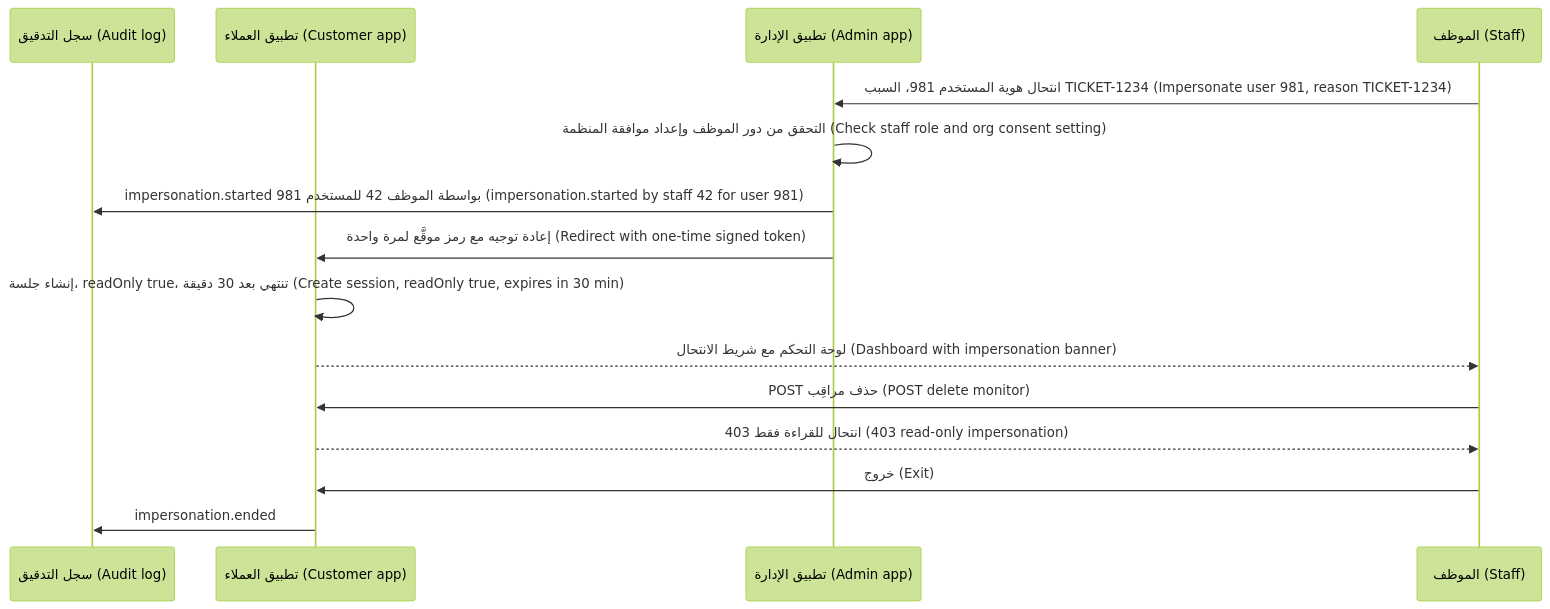
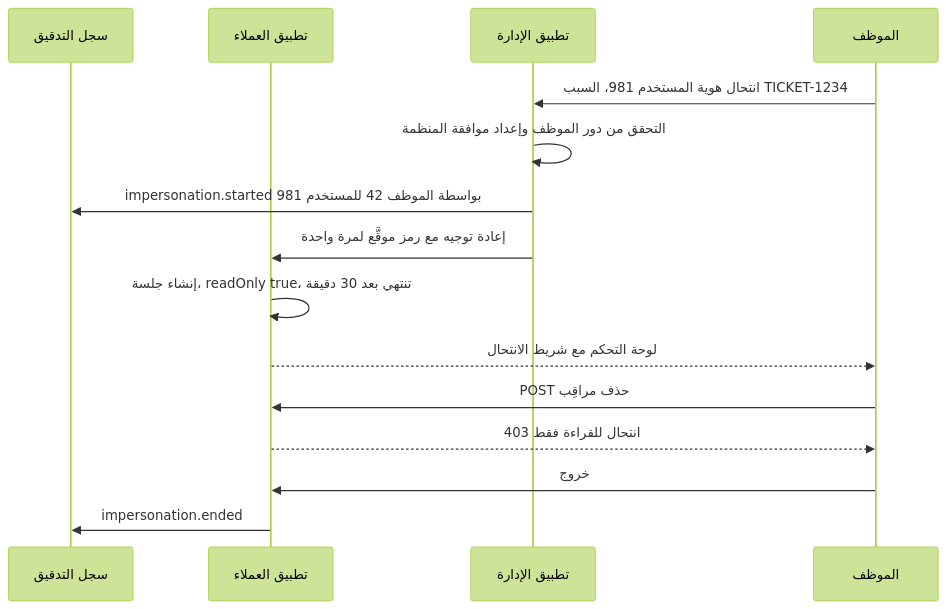
The second of 7 diagrams in saas/modules/07-operations.ar.md (Tamoura/system-design-for-vibe-coders), drawn with Mermaid (forest theme) before and after one commit. The commit also changed other lines of this file and 551 other files, not shown here.

````diff
--- a/saas/modules/07-operations.ar.md
+++ b/saas/modules/07-operations.ar.md
@@ -94,17 +94,17 @@
 ```mermaid
 sequenceDiagram
-    participant L as سجل التدقيق (Audit log)
-    participant C as تطبيق العملاء (Customer app)
-    participant A as تطبيق الإدارة (Admin app)
-    participant S as الموظف (Staff)
-  S->>A: انتحال هوية المستخدم 981، السبب TICKET-1234 (Impersonate user 981, reason TICKET-1234)
-  A->>A: التحقق من دور الموظف وإعداد موافقة المنظمة (Check staff role and org consent setting)
-  A->>L: impersonation.started بواسطة الموظف 42 للمستخدم 981 (impersonation.started by staff 42 for user 981)
-  A->>C: إعادة توجيه مع رمز موقَّع لمرة واحدة (Redirect with one-time signed token)
-  C->>C: إنشاء جلسة، readOnly true، تنتهي بعد 30 دقيقة (Create session, readOnly true, expires in 30 min)
-  C-->>S: لوحة التحكم مع شريط الانتحال (Dashboard with impersonation banner)
-  S->>C: POST حذف مراقِب (POST delete monitor)
-  C-->>S: 403 انتحال للقراءة فقط (403 read-only impersonation)
-  S->>C: خروج (Exit)
+    participant L as سجل التدقيق
+    participant C as تطبيق العملاء
+    participant A as تطبيق الإدارة
+    participant S as الموظف
+  S->>A: انتحال هوية المستخدم 981، السبب TICKET-1234
+  A->>A: التحقق من دور الموظف وإعداد موافقة المنظمة
+  A->>L: impersonation.started بواسطة الموظف 42 للمستخدم 981
+  A->>C: إعادة توجيه مع رمز موقَّع لمرة واحدة
+  C->>C: إنشاء جلسة، readOnly true، تنتهي بعد 30 دقيقة
+  C-->>S: لوحة التحكم مع شريط الانتحال
+  S->>C: POST حذف مراقِب
+  C-->>S: 403 انتحال للقراءة فقط
+  S->>C: خروج
   C->>L: impersonation.ended
 ```
````
